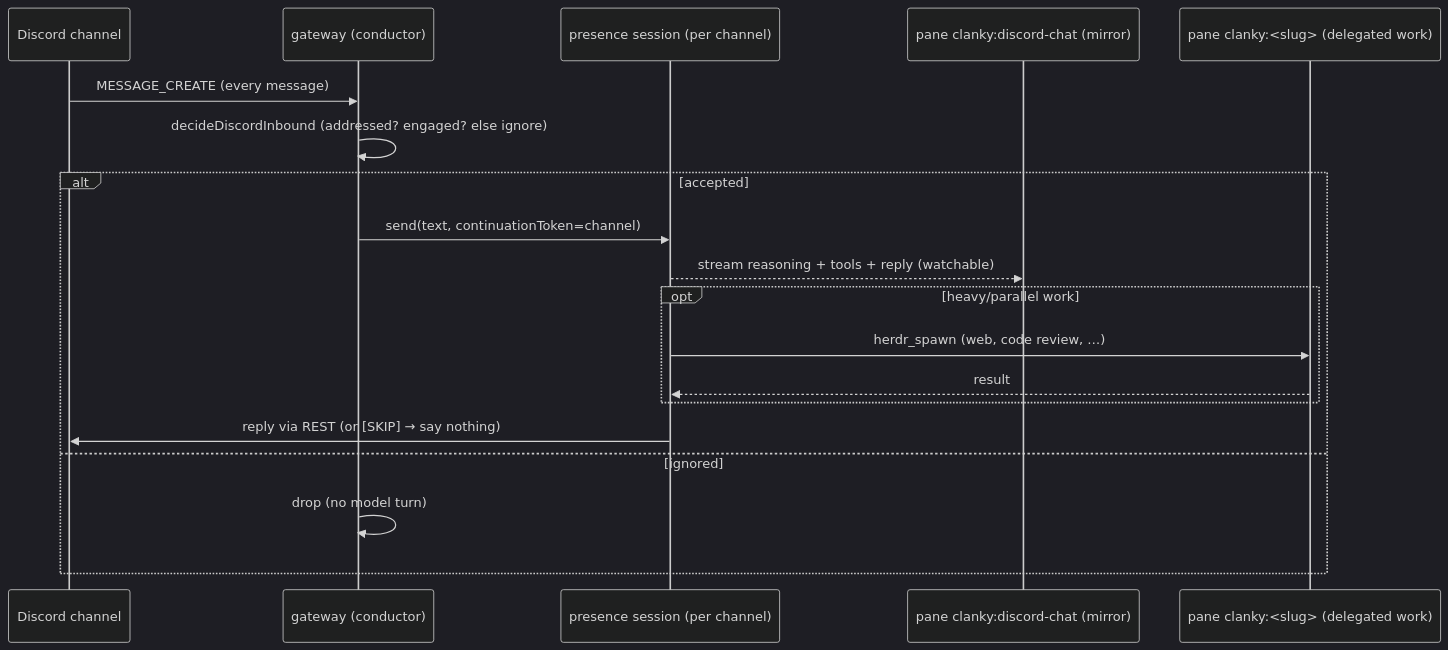
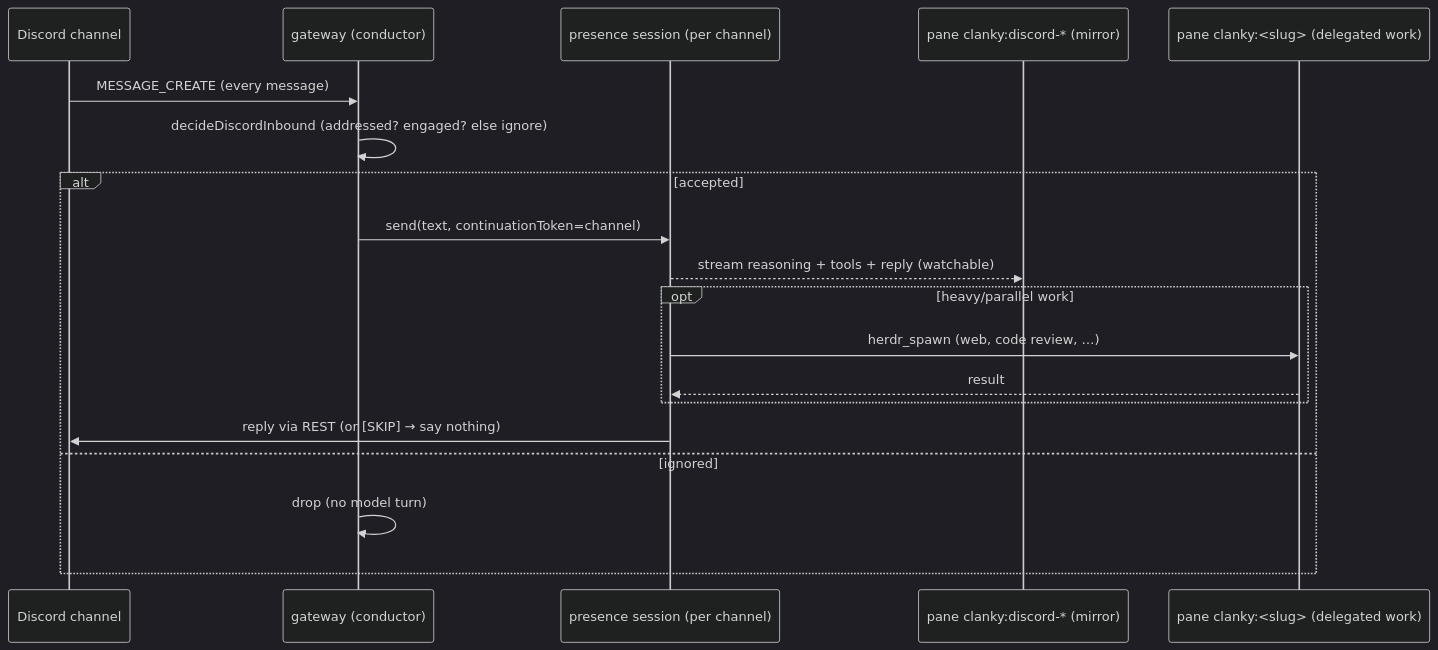
Before and after one commit to Volpestyle/clanky: the third of 3 diagrams in SPEC.md, drawn with Mermaid (dark theme). The commit also changed other lines of this file and 24 other files, not shown here.

````diff
--- a/SPEC.md
+++ b/SPEC.md
@@ -521,21 +528,21 @@
 ```mermaid
 sequenceDiagram
   participant D as Discord channel
   participant G as gateway (conductor)
   participant S as presence session (per channel)
-  participant P as pane clanky:discord-chat (mirror)
+  participant P as pane clanky:discord-* (mirror)
   participant W as pane clanky:<slug> (delegated work)
   D->>G: MESSAGE_CREATE (every message)
   G->>G: decideDiscordInbound (addressed? engaged? else ignore)
   alt accepted
     G->>S: send(text, continuationToken=channel)
     S-->>P: stream reasoning + tools + reply (watchable)
     opt heavy/parallel work
       S->>W: herdr_spawn (web, code review, …)
       W-->>S: result
     end
     S->>D: reply via REST  (or [SKIP] → say nothing)
   else ignored
     G->>G: drop (no model turn)
   end
 ```
````
